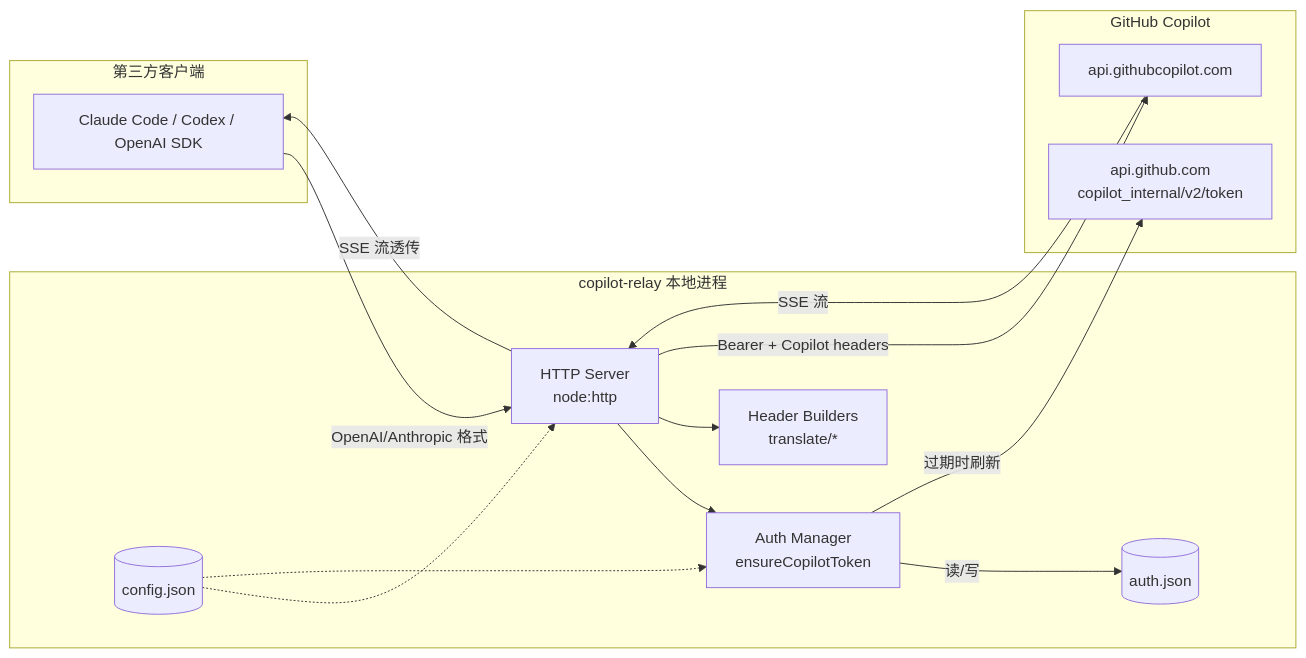
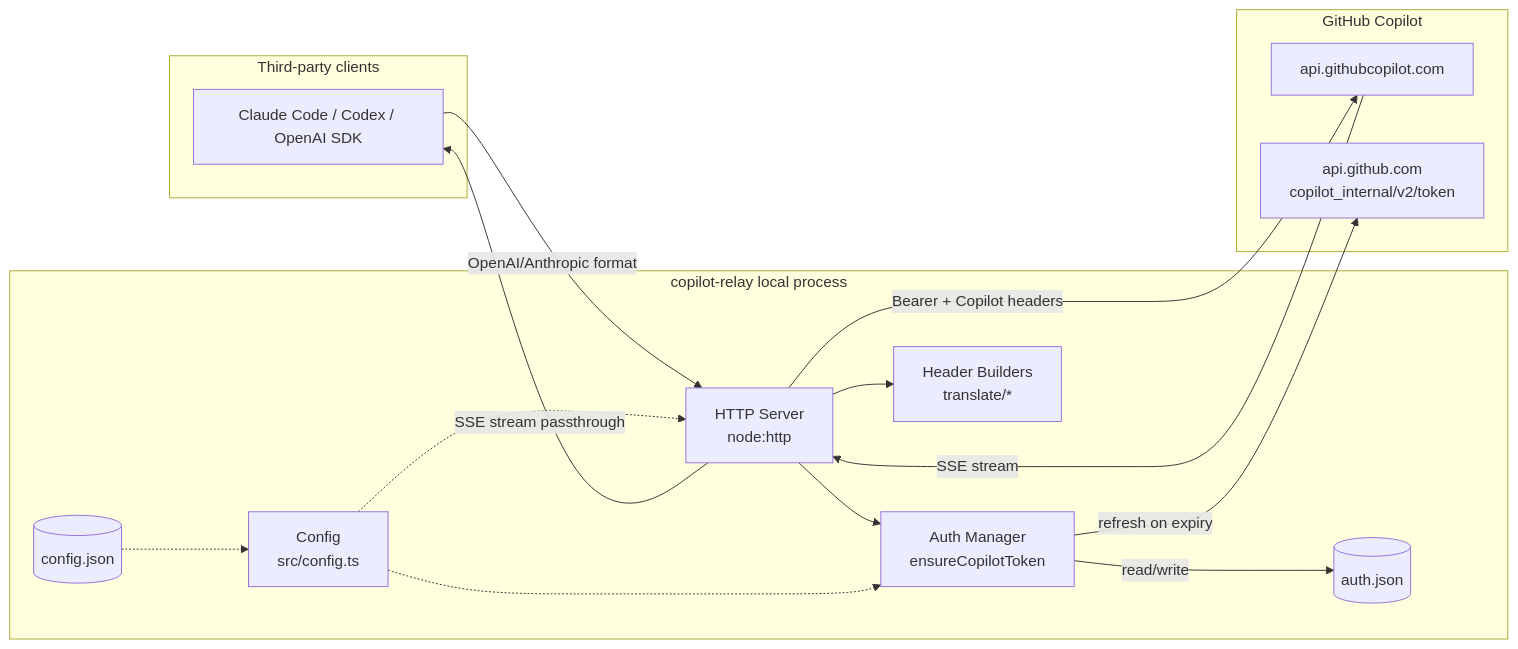
The first of 3 diagrams in docs/design.md (luciferwww/copilot-relay), drawn with Mermaid before and after one commit. The commit also changed other lines of this file and 3 other files, not shown here.

````diff
--- a/docs/design.md
+++ b/docs/design.md
@@ -10,30 +10,32 @@
 ```mermaid
 flowchart LR
-    subgraph Client[第三方客户端]
+    subgraph Client[Third-party clients]
         A[Claude Code / Codex / OpenAI SDK]
     end
 
-    subgraph Proxy[copilot-relay 本地进程]
+    subgraph Proxy[copilot-relay local process]
         B[HTTP Server<br/>node:http]
         C[Auth Manager<br/>ensureCopilotToken]
         D[Header Builders<br/>translate/*]
+        K[Config<br/>src/config.ts]
         E[(auth.json)]
         F[(config.json)]
     end
 
     subgraph GitHub[GitHub Copilot]
         G[api.githubcopilot.com]
         H[api.github.com<br/>copilot_internal/v2/token]
     end
 
-    A -->|OpenAI/Anthropic 格式| B
+    A -->|OpenAI/Anthropic format| B
     B --> C
-    C -- 读/写 --> E
-    C -- 过期时刷新 --> H
+    C -- read/write --> E
+    C -- refresh on expiry --> H
     B --> D
     B -->|Bearer + Copilot headers| G
-    G -->|SSE 流| B
-    B -->|SSE 流透传| A
-    F -.-> B
-    F -.-> C
+    G -->|SSE stream| B
+    B -->|SSE stream passthrough| A
+    F -.-> K
+    K -.-> B
+    K -.-> C
 ```
````
